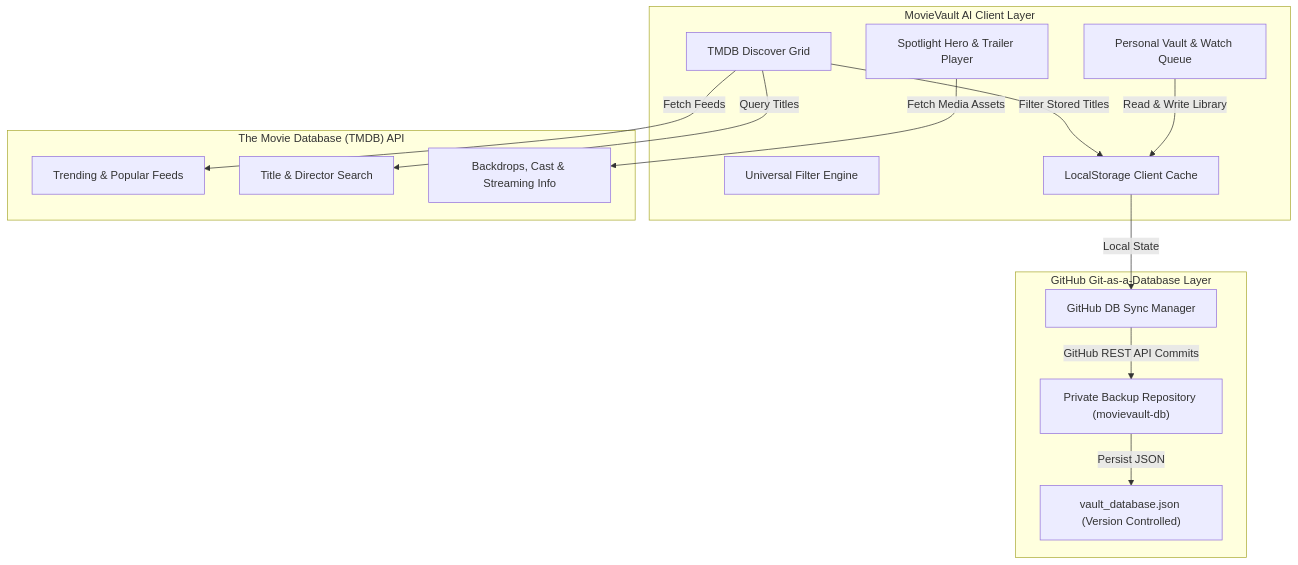
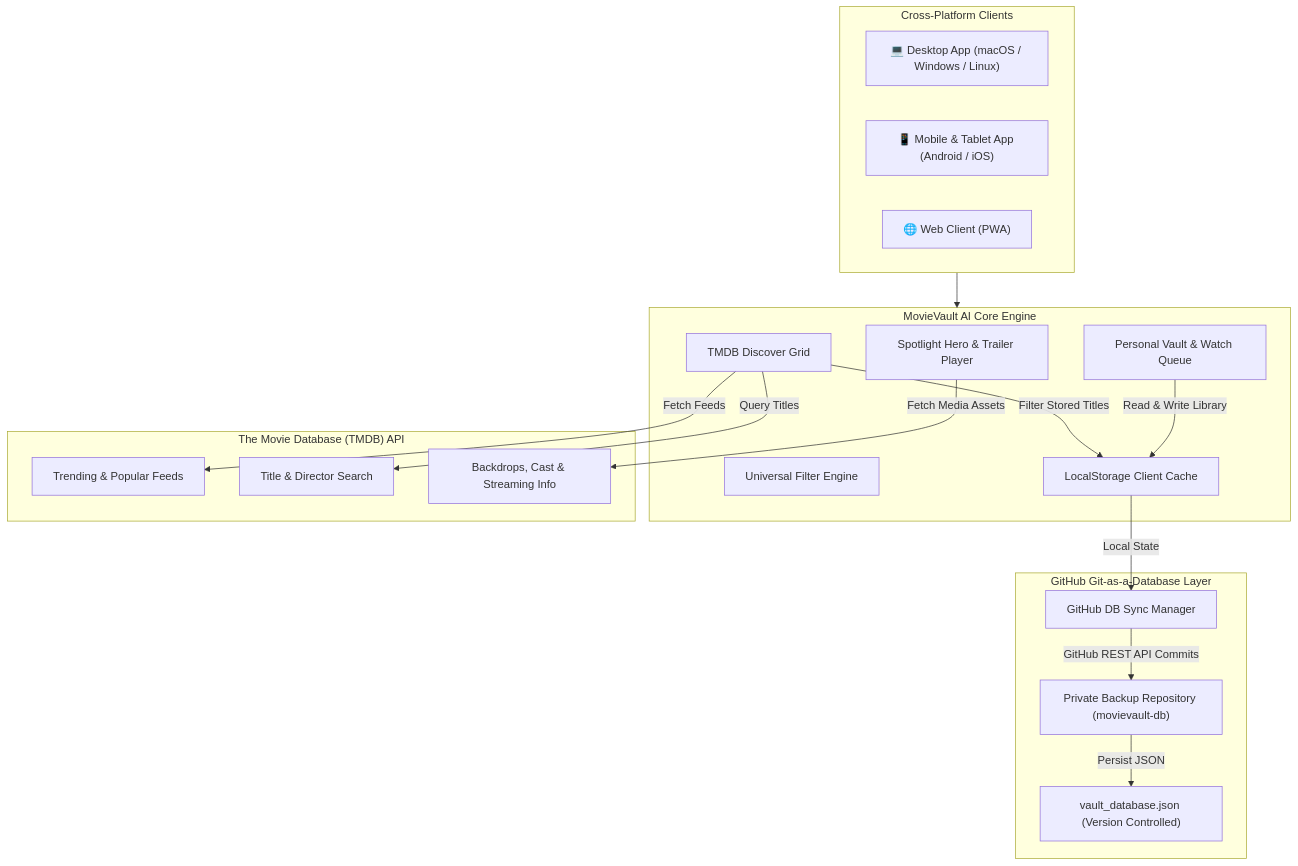
One commit to Anvithgopa/movievault-ai changed the diagram in README.md. Above: the diagram before and after it, drawn with Mermaid. The commit also changed other lines of this file, not shown here.

Commit message:
docs: document cross-platform ecosystem for Desktop (macOS/Win/Linux) and Mobile/Tablet (Android/iOS)

````diff
--- a/README.md
+++ b/README.md
@@ -85,33 +105,41 @@
 ```mermaid
 flowchart TD
-    subgraph UI ["MovieVault AI Client Layer"]
+    subgraph Clients ["Cross-Platform Clients"]
+        Desktop["💻 Desktop App (macOS / Windows / Linux)"]
+        Mobile["📱 Mobile & Tablet App (Android / iOS)"]
+        Web["🌐 Web Client (PWA)"]
+    end
+
+    subgraph UI ["MovieVault AI Core Engine"]
         Hero["Spotlight Hero & Trailer Player"]
         Vault["Personal Vault & Watch Queue"]
         Discover["TMDB Discover Grid"]
         Filters["Universal Filter Engine"]
         Cache["LocalStorage Client Cache"]
     end
 
     subgraph TMDB ["The Movie Database (TMDB) API"]
         Trending["Trending & Popular Feeds"]
         Search["Title & Director Search"]
         Details["Backdrops, Cast & Streaming Info"]
     end
 
     subgraph CloudSync ["GitHub Git-as-a-Database Layer"]
         SyncEngine["GitHub DB Sync Manager"]
         PrivateRepo["Private Backup Repository (movievault-db)"]
         VaultJSON["vault_database.json (Version Controlled)"]
     end
 
+    Clients --> UI
+
     Discover -->|"Query Titles"| Search
     Discover -->|"Fetch Feeds"| Trending
     Hero -->|"Fetch Media Assets"| Details
 
     Discover -->|"Filter Stored Titles"| Cache
     Vault -->|"Read & Write Library"| Cache
 
     Cache -->|"Local State"| SyncEngine
     SyncEngine -->|"GitHub REST API Commits"| PrivateRepo
     PrivateRepo -->|"Persist JSON"| VaultJSON
 ```
````
